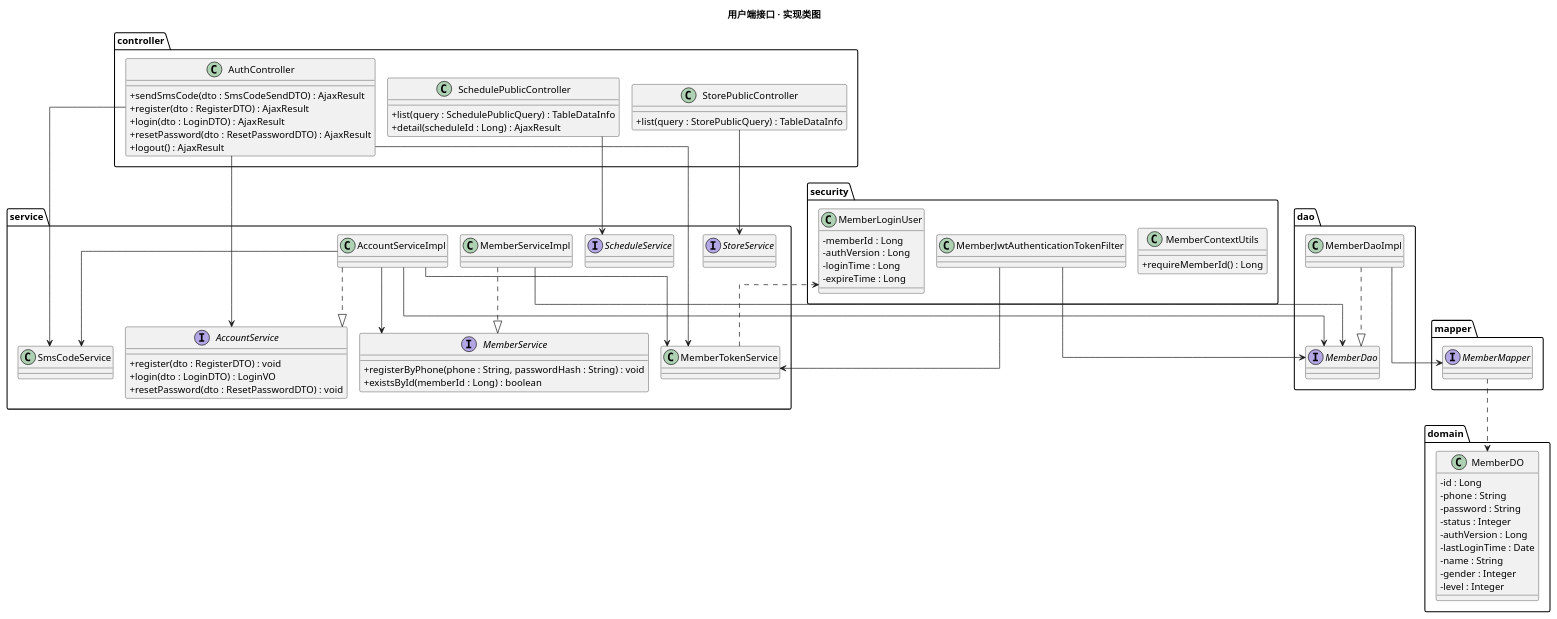
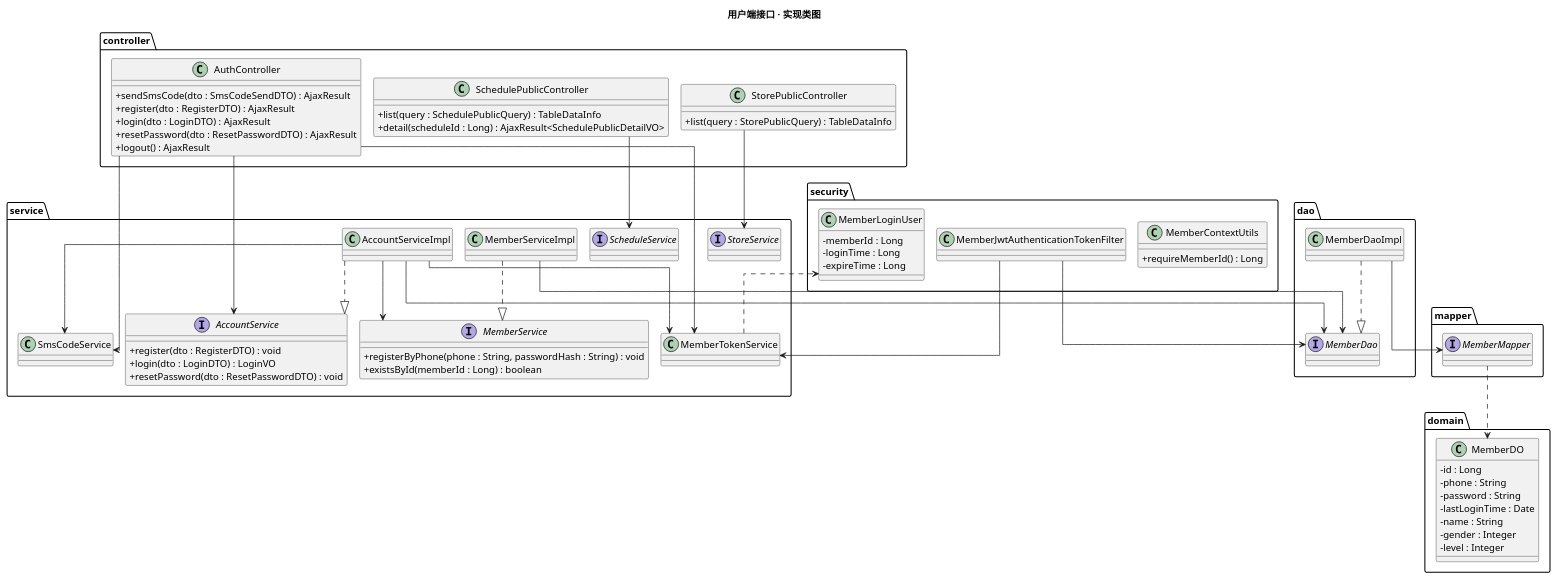
One commit to duo2530/techplant-yoga changed the diagram in docs/详细设计/用户端接口详细设计.md. Above: the diagram before and after it, drawn with PlantUML. The commit also changed other lines of this file and 13 other files, not shown here.

```diff
--- a/docs/详细设计/用户端接口详细设计.md
+++ b/docs/详细设计/用户端接口详细设计.md
@@ -575,7 +574,7 @@
   }
   class SchedulePublicController {
     + list(query : SchedulePublicQuery) : TableDataInfo
-    + detail(scheduleId : Long) : AjaxResult
+    + detail(scheduleId : Long) : AjaxResult<SchedulePublicDetailVO>
   }
   class AuthController {
     + sendSmsCode(dto : SmsCodeSendDTO) : AjaxResult
@@ -614,8 +613,6 @@
     - id : Long
     - phone : String
     - password : String
-    - status : Integer
-    - authVersion : Long
     - lastLoginTime : Date
     - name : String
     - gender : Integer
@@ -629,7 +626,6 @@
   class MemberJwtAuthenticationTokenFilter
   class MemberLoginUser {
     - memberId : Long
-    - authVersion : Long
     - loginTime : Long
     - expireTime : Long
   }
```
